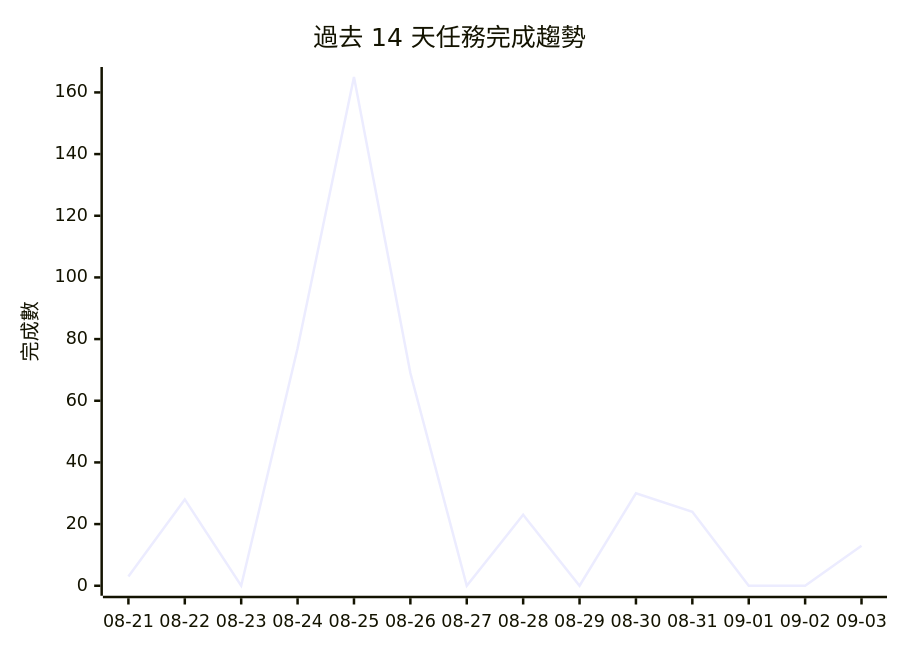
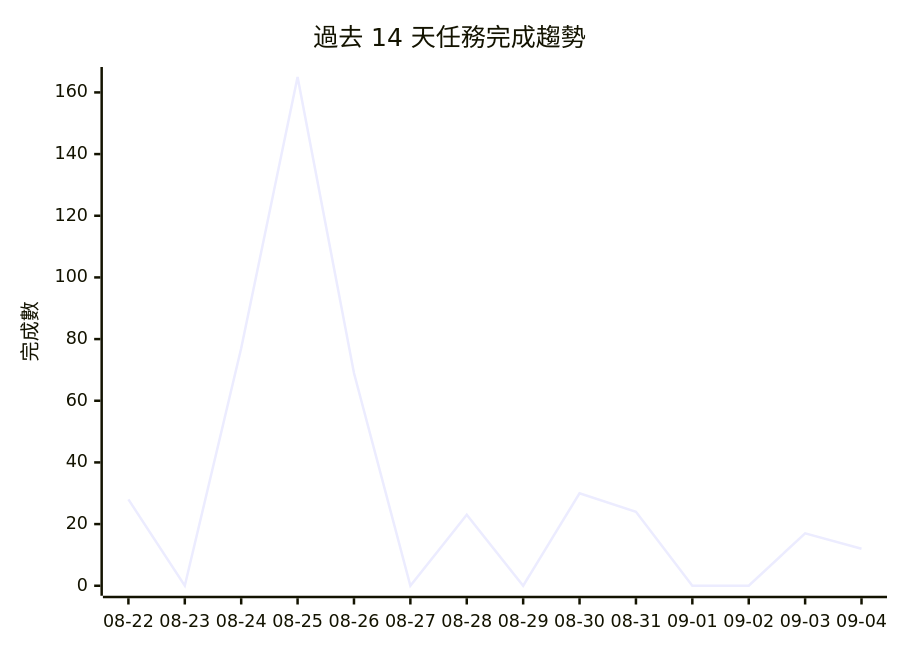
Before and after one commit to gentoobreaking/ai-tasks: the diagram in PROJECTS.md, drawn with Mermaid. The commit also changed other lines of this file and 62 other files, not shown here.

````diff
--- a/PROJECTS.md
+++ b/PROJECTS.md
@@ -73,7 +31,7 @@
 ```mermaid
 xychart-beta
     title "過去 14 天任務完成趨勢"
-    x-axis ["08-21", "08-22", "08-23", "08-24", "08-25", "08-26", "08-27", "08-28", "08-29", "08-30", "08-31", "09-01", "09-02", "09-03"]
+    x-axis ["08-22", "08-23", "08-24", "08-25", "08-26", "08-27", "08-28", "08-29", "08-30", "08-31", "09-01", "09-02", "09-03", "09-04"]
     y-axis "完成數" 0 --> 165
-    line [3, 28, 0, 77, 165, 69, 0, 23, 0, 30, 24, 0, 0, 13]
+    line [28, 0, 77, 165, 69, 0, 23, 0, 30, 24, 0, 0, 17, 12]
 ```
````
